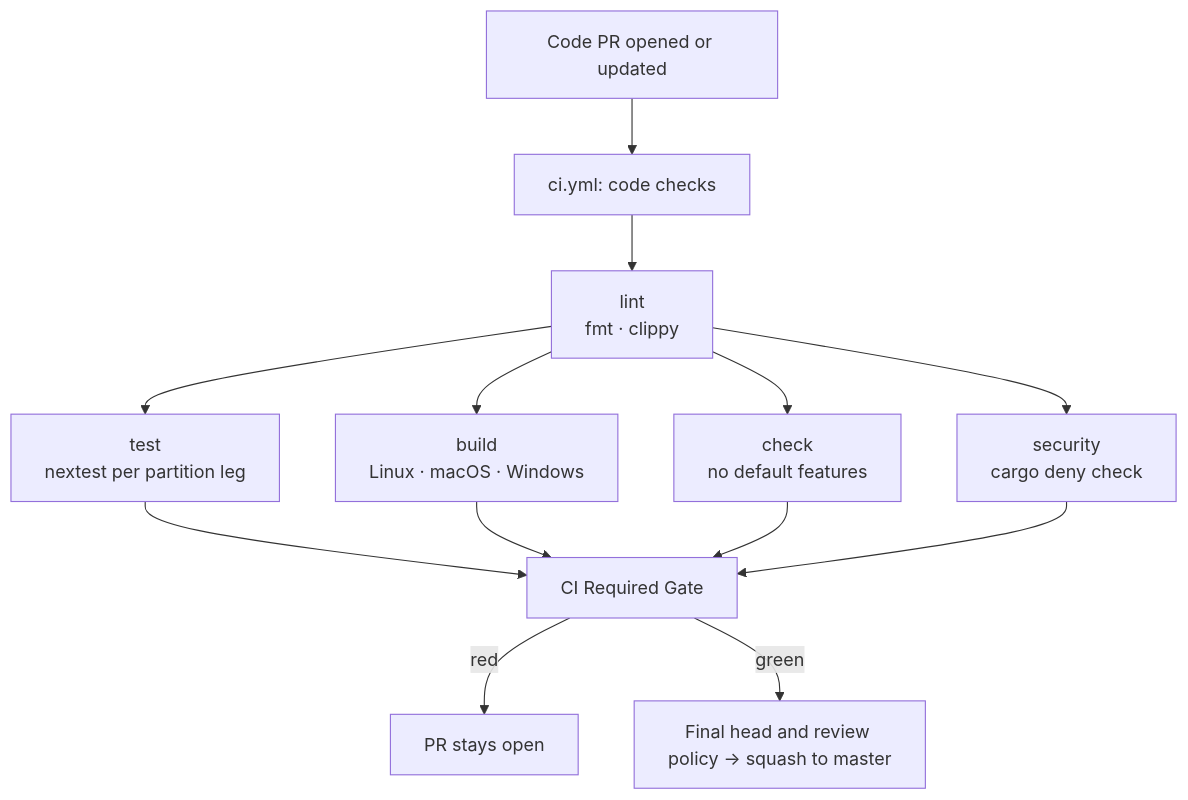
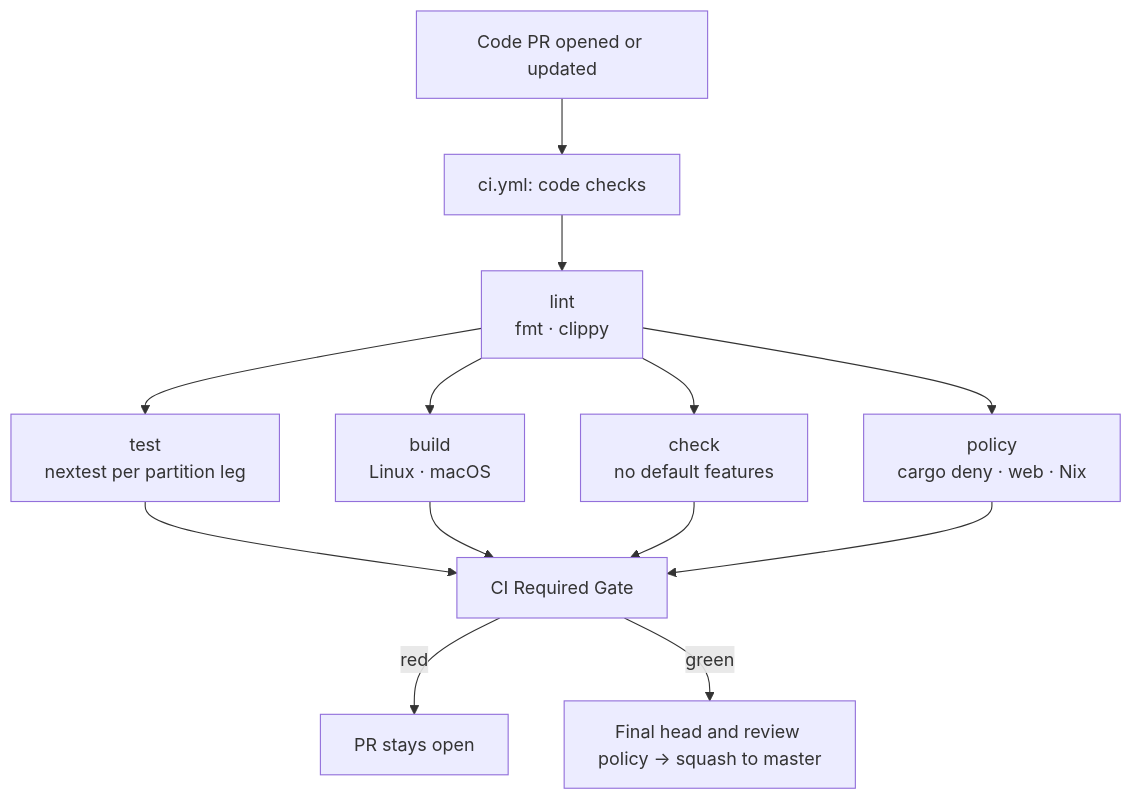
Before and after one commit to kckylechen1/ReiClaw: the first of 2 diagrams in .github/workflows/master-branch-flow.md, drawn with Mermaid. The commit also changed other lines of this file and 4 other files, not shown here.

````diff
--- a/.github/workflows/master-branch-flow.md
+++ b/.github/workflows/master-branch-flow.md
@@ -126,12 +124,12 @@
 ```mermaid
 flowchart TD
   A["Code PR opened or updated"] --> B["ci.yml: code checks"]
   B --> L["lint\nfmt · clippy"]
   L --> T["test\nnextest per partition leg"]
-  L --> BLD["build\nLinux · macOS · Windows"]
+  L --> BLD["build\nLinux · macOS"]
   L --> CHK["check\nno default features"]
-  L --> SEC["security\ncargo deny check"]
+  L --> SEC["policy\ncargo deny · web · Nix"]
   T & BLD & CHK & SEC --> G["CI Required Gate"]
   G -->|red| D["PR stays open"]
   G -->|green| R["Final head and review policy → squash to master"]
 ```
````
